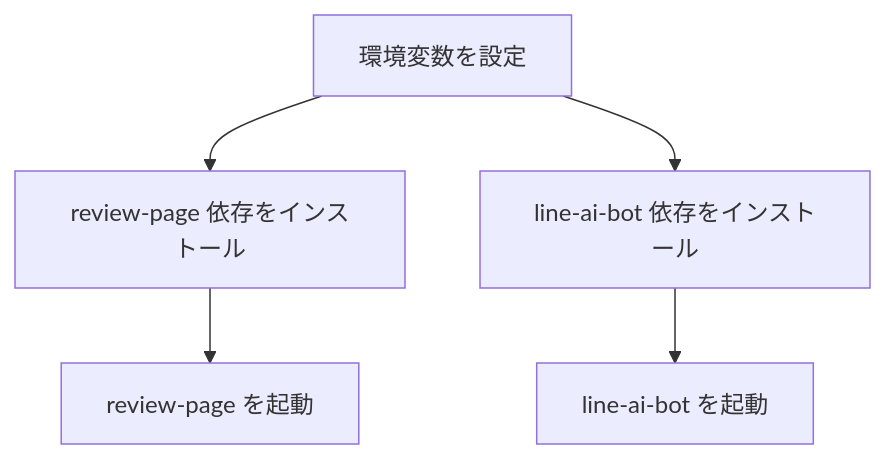
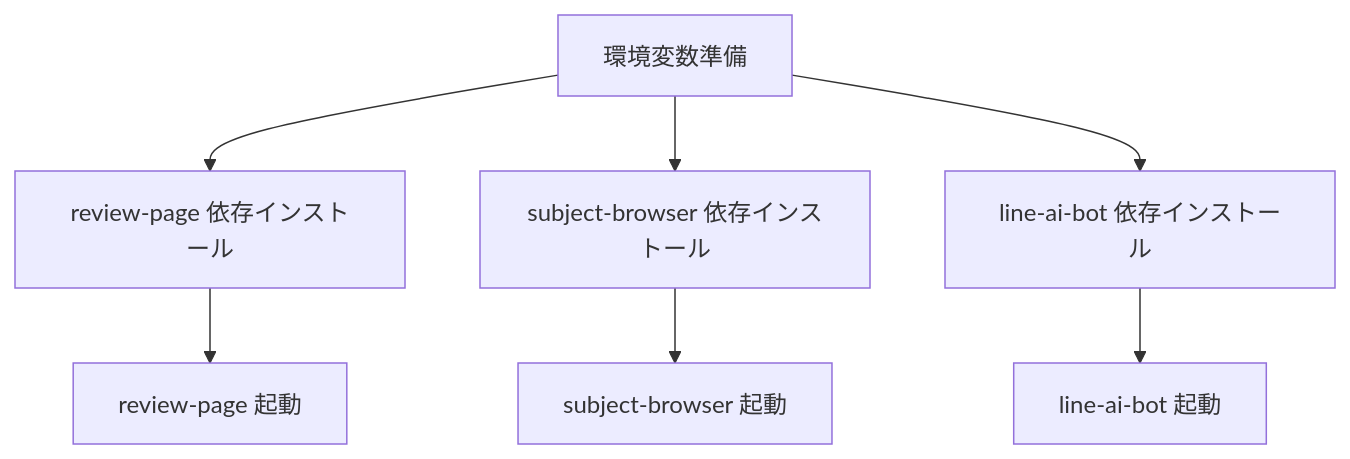
Before and after one commit to lego0509/campus-ai: the diagram in wiki/02-クイックスタート.md, drawn with Mermaid. The commit also changed other lines of this file and 36 other files, not shown here.

````diff
--- a/wiki/02-クイックスタート.md
+++ b/wiki/02-クイックスタート.md
@@ -16,7 +12,9 @@
 ```mermaid
 flowchart TD
-  Env[環境変数を設定] --> ReviewInstall[review-page 依存をインストール]
-  ReviewInstall --> ReviewDev[review-page を起動]
-  Env --> LineInstall[line-ai-bot 依存をインストール]
-  LineInstall --> LineStart[line-ai-bot を起動]
+  Setup[環境変数準備] --> ReviewInstall[review-page 依存インストール]
+  Setup --> SubjectInstall[subject-browser 依存インストール]
+  Setup --> LineInstall[line-ai-bot 依存インストール]
+  ReviewInstall --> ReviewDev[review-page 起動]
+  SubjectInstall --> SubjectDev[subject-browser 起動]
+  LineInstall --> LineDev[line-ai-bot 起動]
 ```
````
